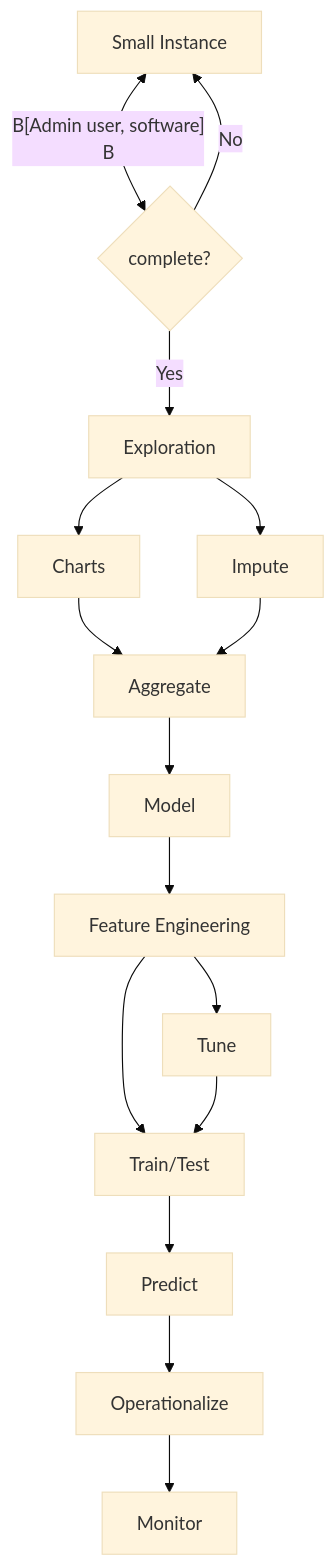
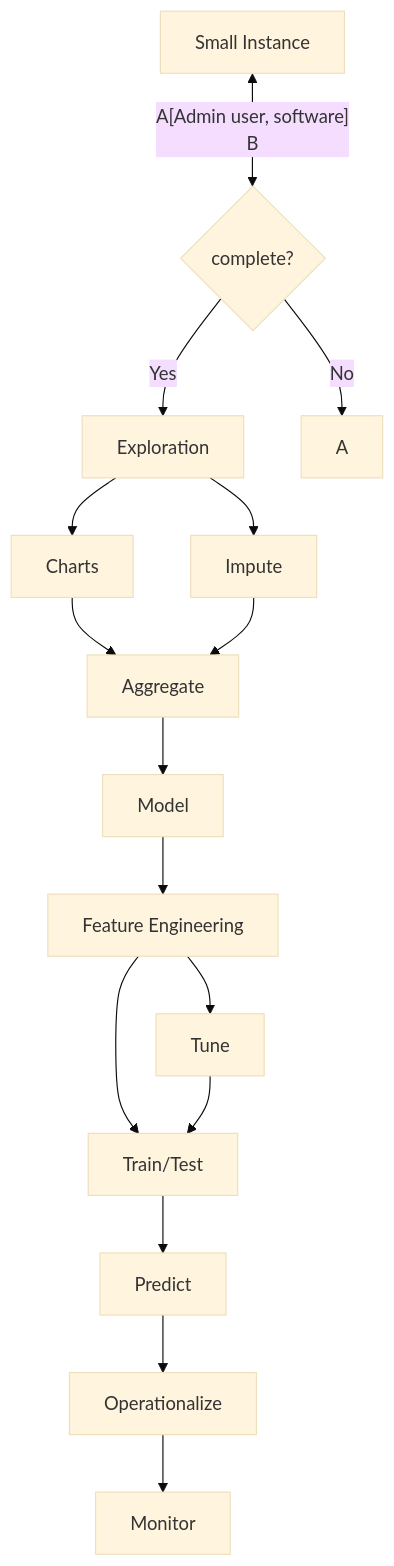
The diagram in getting-started.md (AntibodyEngineers/2024-Antibodies-and-AI), drawn with Mermaid (base theme) before and after one commit.

````diff
--- a/getting-started.md
+++ b/getting-started.md
@@ -7,20 +7,20 @@
 ```mermaid
     flowchart TD
     
-    A[Small Instance] <-- B[Admin user, software]
+    B[Small Instance] <-- A[Admin user, software]
     B -->C{complete?}
     C-->|Yes|D[Exploration]
     C-->|No|A
     D --> E[Charts]
     D --> F[Impute]
     E --> G[Aggregate]
     F --> G
     G --> H[Model]
     H --> I[Feature Engineering]
     I --> J[Train/Test]
     I --> K[Tune]
     K --> J
     J --> L[Predict]
     L --> M[Operationalize]
     M --> N[Monitor]
 ```
````
